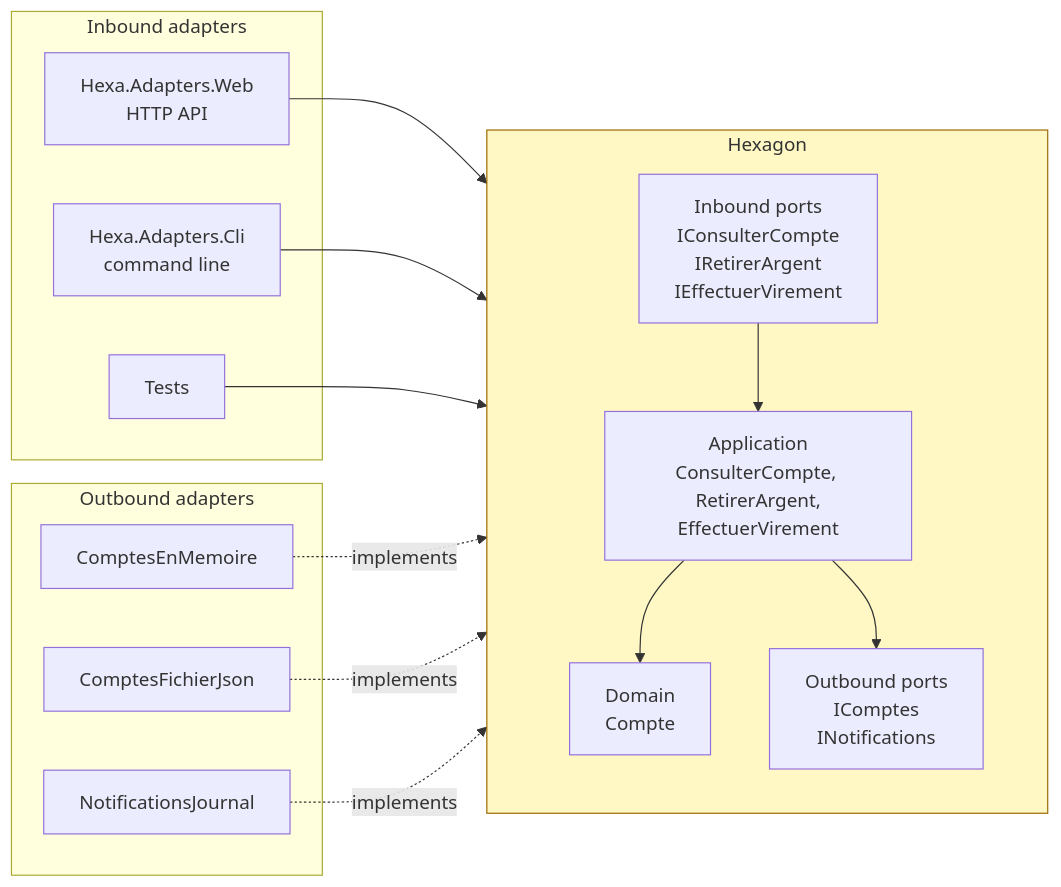
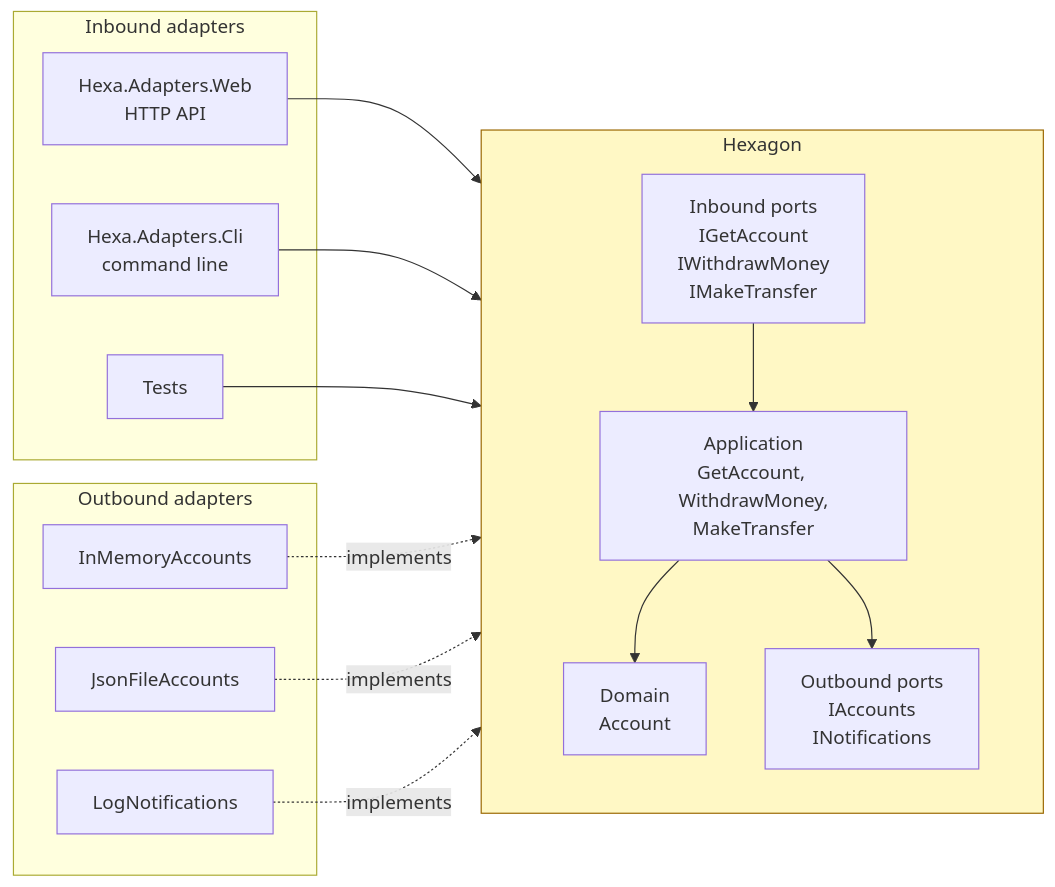
Before and after one commit to drangoht/ArchitecturesDemo: the first of 3 diagrams in Docs/en/01-hexagonale.md, drawn with Mermaid. The commit also changed other lines of this file and 78 other files, not shown here.

First line of the commit message:
Docs EN : identifiants, liens, diagrammes et sorties alignés sur le code anglais

````diff
--- a/Docs/en/01-hexagonale.md
+++ b/Docs/en/01-hexagonale.md
@@ -19,34 +19,34 @@
 ```mermaid
 flowchart LR
     subgraph Entrants["Inbound adapters"]
         Web["Hexa.Adapters.Web<br/>HTTP API"]
         Cli["Hexa.Adapters.Cli<br/>command line"]
         Tests["Tests"]
     end
 
     subgraph Hexagone["Hexagon"]
         direction TB
-        PE["Inbound ports<br/>IConsulterCompte<br/>IRetirerArgent<br/>IEffectuerVirement"]
-        App["Application<br/>ConsulterCompte, RetirerArgent,<br/>EffectuerVirement"]
-        Dom["Domain<br/>Compte"]
-        PS["Outbound ports<br/>IComptes<br/>INotifications"]
+        PE["Inbound ports<br/>IGetAccount<br/>IWithdrawMoney<br/>IMakeTransfer"]
+        App["Application<br/>GetAccount, WithdrawMoney,<br/>MakeTransfer"]
+        Dom["Domain<br/>Account"]
+        PS["Outbound ports<br/>IAccounts<br/>INotifications"]
         PE --> App --> Dom
         App --> PS
     end
 
     subgraph Sortants["Outbound adapters"]
-        Mem["ComptesEnMemoire"]
-        Json["ComptesFichierJson"]
-        Notif["NotificationsJournal"]
+        Mem["InMemoryAccounts"]
+        Json["JsonFileAccounts"]
+        Notif["LogNotifications"]
     end
 
     Web --> PE
     Cli --> PE
     Tests --> PE
     Mem -. "implements" .-> PS
     Json -. "implements" .-> PS
     Notif -. "implements" .-> PS
 
     classDef hexa fill:#fff8c5,stroke:#9a6700
     class Hexagone hexa
 ```
````
